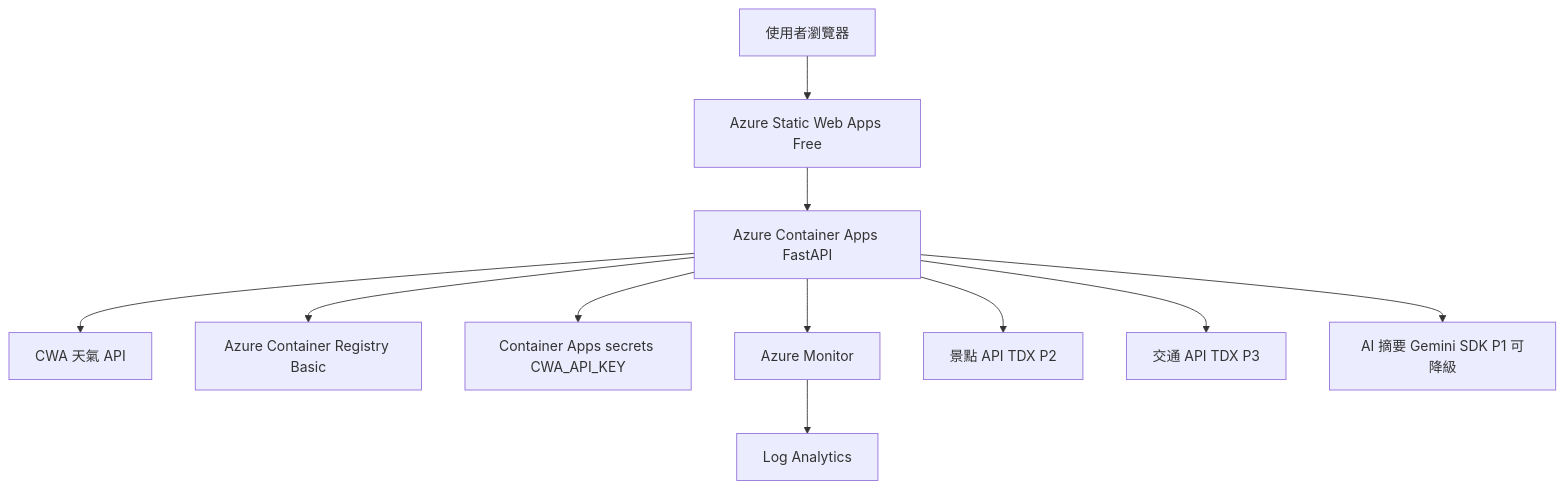
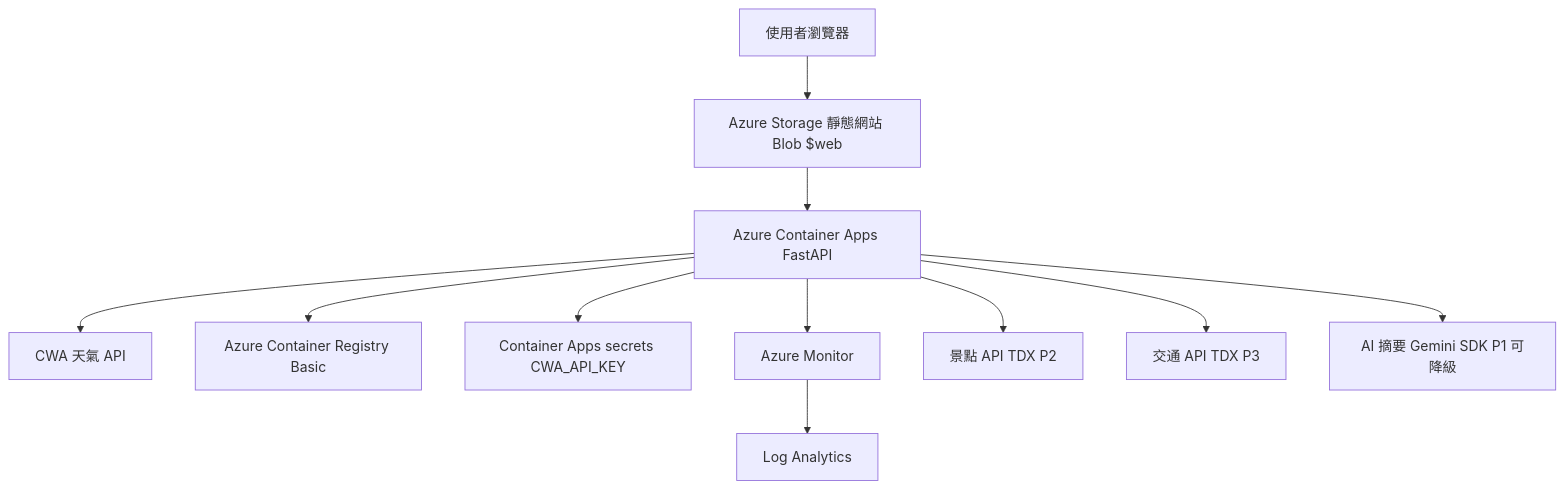
One commit to aoitsukikage-eng/trip-weather-planner changed the first of 2 diagrams in docs/cloud_architecture.md. Above: the diagram before and after it, drawn with Mermaid. The commit also changed other lines of this file and 3 other files, not shown here.

Commit message:
docs: satisfy AC5 storage architecture narrative

````diff
--- a/docs/cloud_architecture.md
+++ b/docs/cloud_architecture.md
@@ -11,13 +11,13 @@
 ```mermaid
 flowchart TB
-  U["使用者瀏覽器"] --> SWA["Azure Static Web Apps Free"]
-  SWA --> API["Azure Container Apps FastAPI"]
+  U["使用者瀏覽器"] --> FE["Azure Storage 靜態網站 Blob $web"]
+  FE --> API["Azure Container Apps FastAPI"]
   API --> CWA["CWA 天氣 API"]
   API --> ACR["Azure Container Registry Basic"]
   API --> SEC["Container Apps secrets CWA_API_KEY"]
   API --> MON["Azure Monitor"]
   MON --> LA["Log Analytics"]
   API --> POI["景點 API TDX P2"]
   API --> ROUTE["交通 API TDX P3"]
   API --> AI["AI 摘要 Gemini SDK P1 可降級"]
 ```
````
